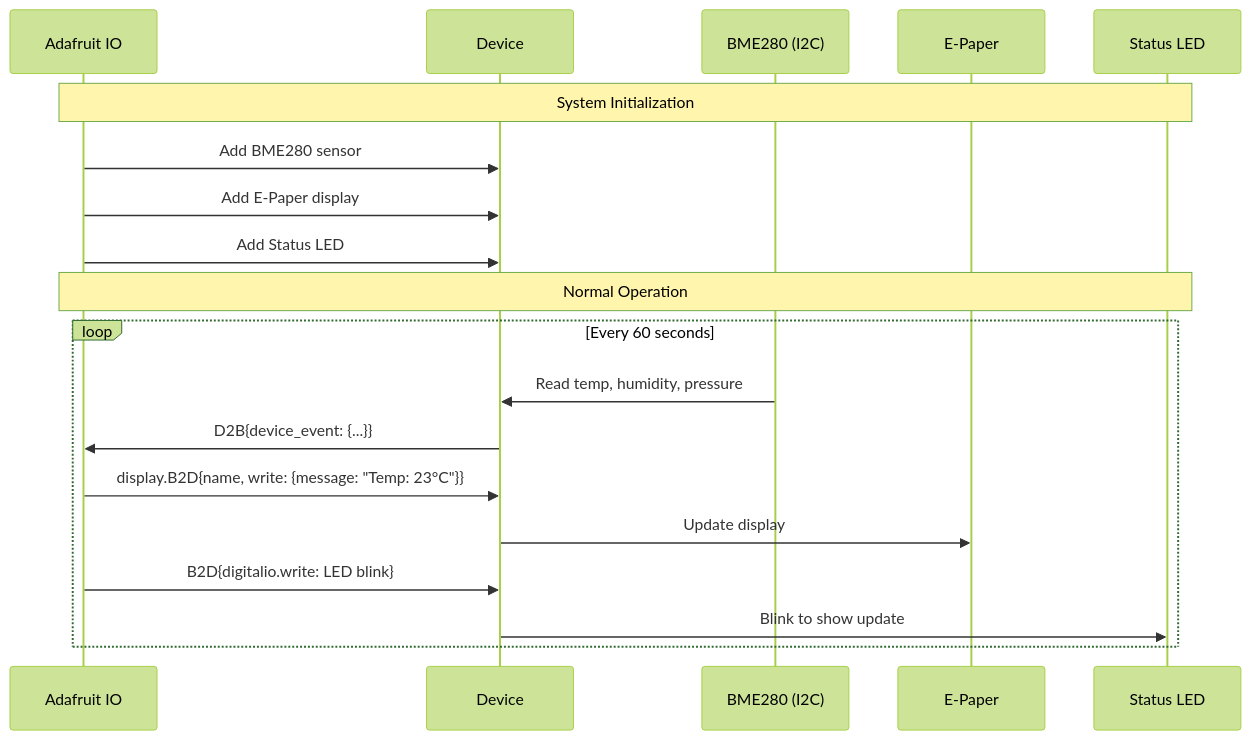
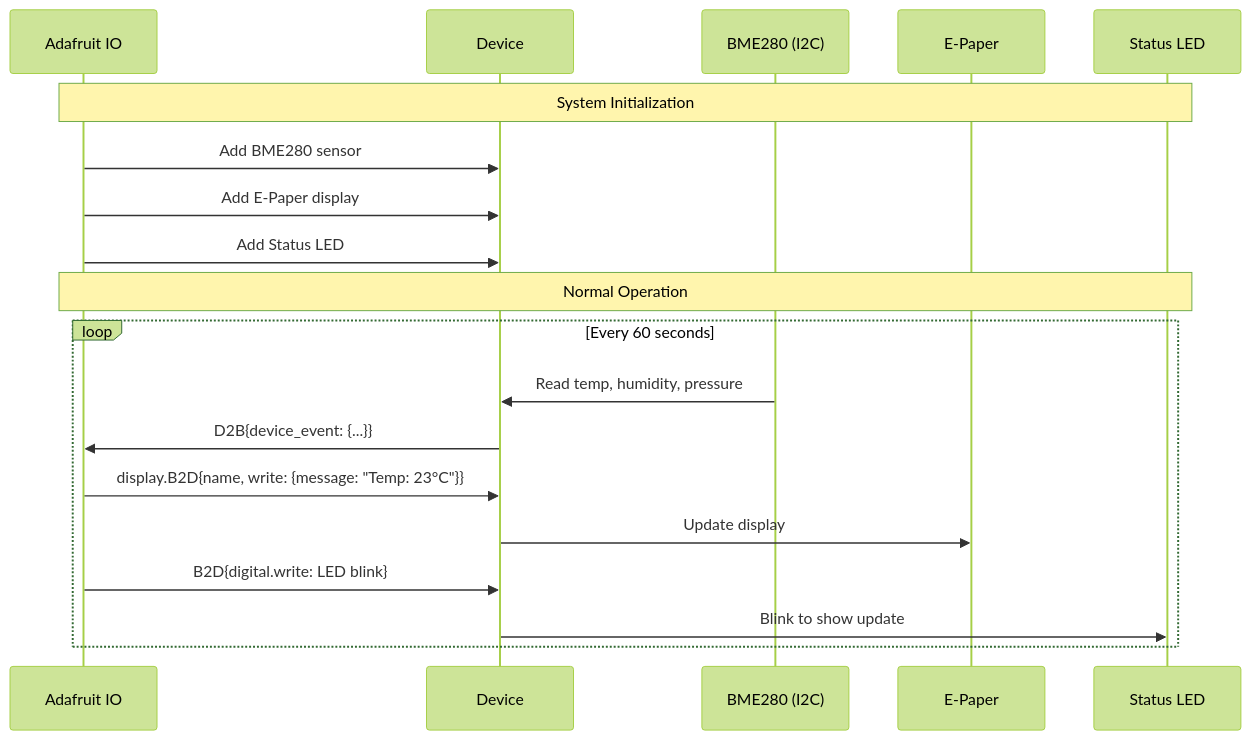
Before and after one commit to adafruit/Wippersnapper_Protobuf: diagram 13 of 13 in proto/wippersnapper/docs/wippersnapper_device_overview.md, drawn with Mermaid (forest theme). The commit also changed other lines of this file and 14 other files, not shown here.

Commit message:
rename analogin -> analog, digitalio -> digital

````diff
--- a/proto/wippersnapper/docs/wippersnapper_device_overview.md
+++ b/proto/wippersnapper/docs/wippersnapper_device_overview.md
@@ -693,23 +693,23 @@
 ```mermaid
 sequenceDiagram
     participant IO as Adafruit IO
     participant Device
     participant BME as BME280 (I2C)
     participant Display as E-Paper
     participant LED as Status LED
 
     Note over IO,LED: System Initialization
     IO->>Device: Add BME280 sensor
     IO->>Device: Add E-Paper display
     IO->>Device: Add Status LED
 
     Note over IO,LED: Normal Operation
     loop Every 60 seconds
         BME->>Device: Read temp, humidity, pressure
         Device->>IO: D2B{device_event: {...}}
         IO->>Device: display.B2D{name, write: {message: "Temp: 23°C"}}
         Device->>Display: Update display
-        IO->>Device: B2D{digitalio.write: LED blink}
+        IO->>Device: B2D{digital.write: LED blink}
         Device->>LED: Blink to show update
     end
 ```
````
